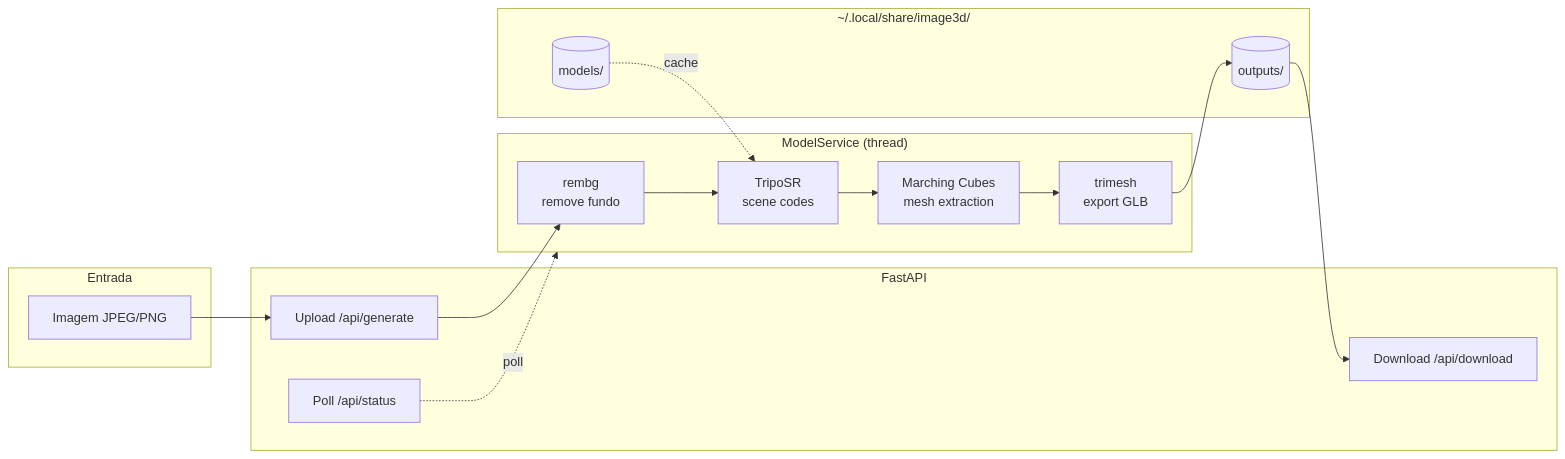
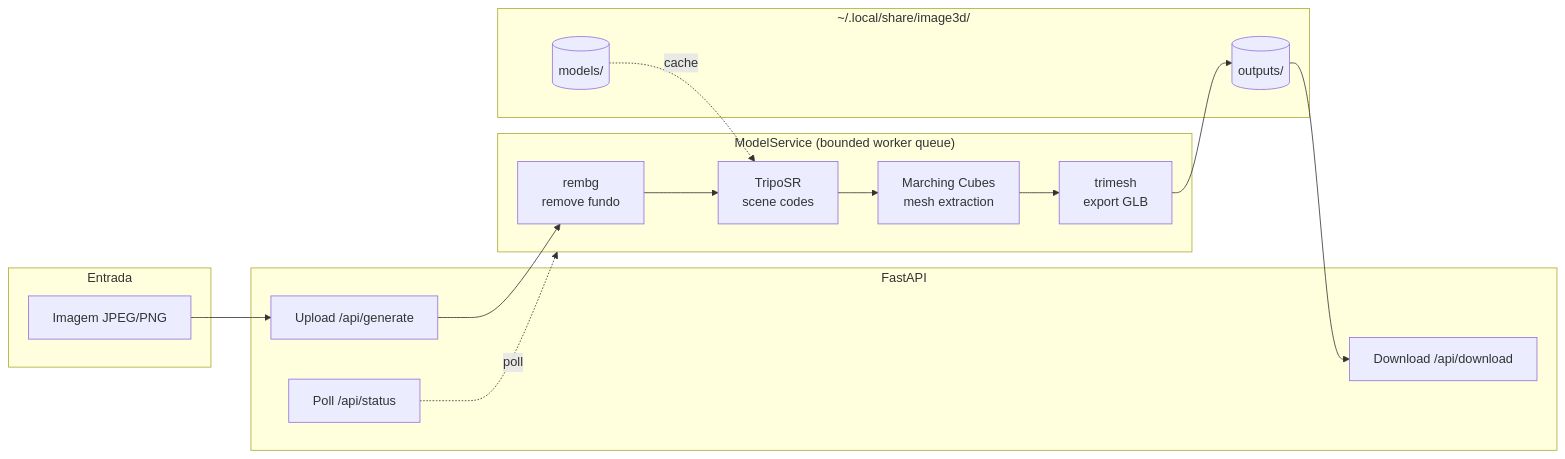
The second of 4 diagrams in docs/system-feature-flows.md (odevpedro/picture-to-3d), drawn with Mermaid before and after one commit. The commit also changed other lines of this file and 15 other files, not shown here.

````diff
--- a/docs/system-feature-flows.md
+++ b/docs/system-feature-flows.md
@@ -63,29 +63,29 @@
 ```mermaid
 flowchart LR
     subgraph INPUT["Entrada"]
         IMG[Imagem JPEG/PNG]
     end
 
     subgraph API_LAYER["FastAPI"]
         UPL[Upload /api/generate]
         POL[Poll /api/status]
         DWN[Download /api/download]
     end
 
-    subgraph SERVICE["ModelService (thread)"]
+    subgraph SERVICE["ModelService (bounded worker queue)"]
         BG[rembg\nremove fundo]
         TSR[TripoSR\nscene codes]
         MC[Marching Cubes\nmesh extraction]
         GLB[trimesh\nexport GLB]
     end
 
     subgraph STORAGE["~/.local/share/image3d/"]
         MOD[(models/)]
         OUT[(outputs/)]
     end
 
     IMG --> UPL --> BG --> TSR --> MC --> GLB --> OUT
     OUT --> DWN
     MOD -.->|cache| TSR
     POL -.->|poll| SERVICE
 ```
````
